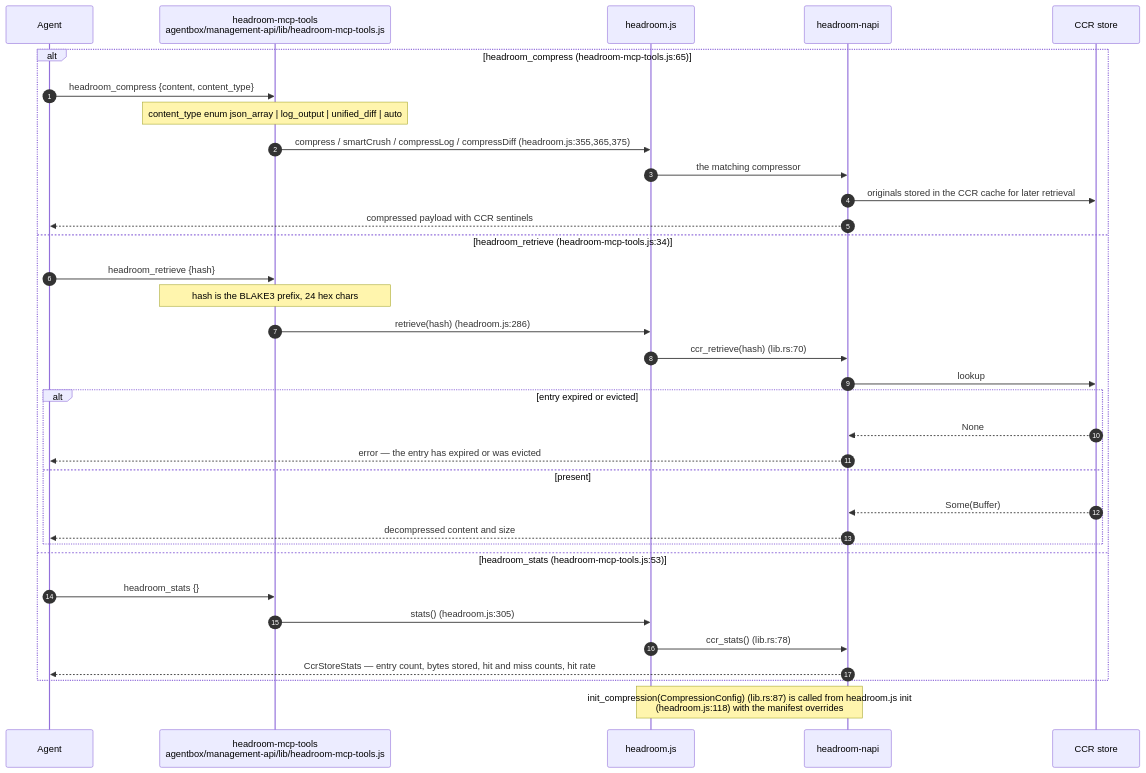
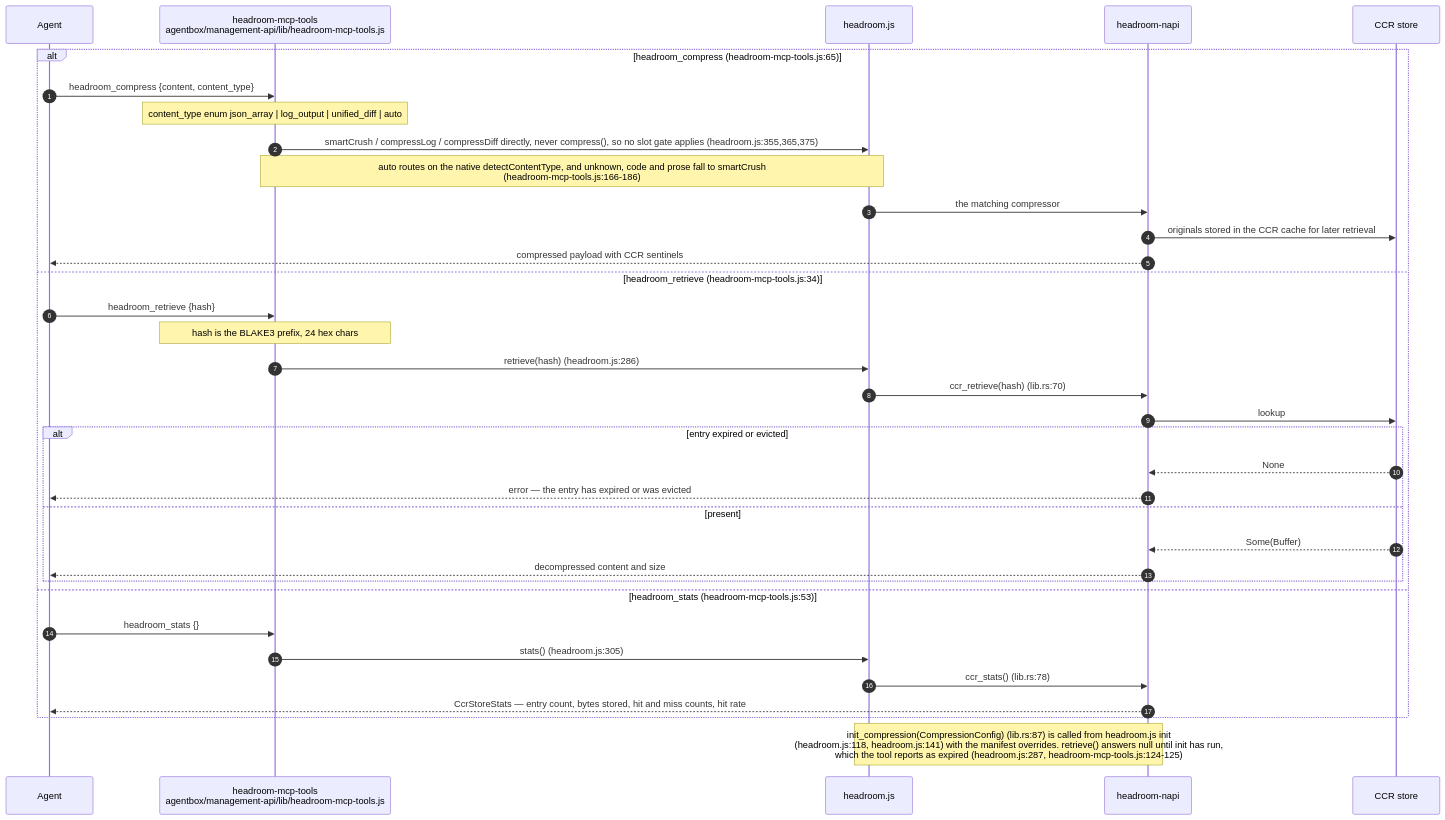
The third of 9 diagrams in docs/diagrams/agentbox/26-headroom-beads-spawn-brain.md (DreamLab-AI/VisionFlow), drawn with Mermaid before and after one commit. The commit also changed other lines of this file and 173 other files, not shown here.

````diff
--- a/docs/diagrams/agentbox/26-headroom-beads-spawn-brain.md
+++ b/docs/diagrams/agentbox/26-headroom-beads-spawn-brain.md
@@ -118,37 +125,38 @@
 ```mermaid
 sequenceDiagram
     autonumber
     participant AG as Agent
     participant T as headroom-mcp-tools<br/>agentbox/management-api/lib/headroom-mcp-tools.js
     participant H as headroom.js
     participant N as headroom-napi
     participant DB as CCR store
 
     alt headroom_compress (headroom-mcp-tools.js:65)
         AG->>T: headroom_compress {content, content_type}
         Note over T: content_type enum json_array | log_output | unified_diff | auto
-        T->>H: compress / smartCrush / compressLog / compressDiff (headroom.js:355,365,375)
+        T->>H: smartCrush / compressLog / compressDiff directly, never compress#40;#41;, so no slot gate applies (headroom.js:355,365,375)
+        Note over T,H: auto routes on the native detectContentType, and unknown, code and prose fall to smartCrush<br/>(headroom-mcp-tools.js:166-186)
         H->>N: the matching compressor
         N->>DB: originals stored in the CCR cache for later retrieval
         N-->>AG: compressed payload with CCR sentinels
     else headroom_retrieve (headroom-mcp-tools.js:34)
         AG->>T: headroom_retrieve {hash}
         Note over T: hash is the BLAKE3 prefix, 24 hex chars
         T->>H: retrieve(hash) (headroom.js:286)
         H->>N: ccr_retrieve(hash) (lib.rs:70)
         N->>DB: lookup
         alt entry expired or evicted
             DB-->>N: None
             N-->>AG: error — the entry has expired or was evicted
         else present
             DB-->>N: Some(Buffer)
             N-->>AG: decompressed content and size
         end
     else headroom_stats (headroom-mcp-tools.js:53)
         AG->>T: headroom_stats {}
         T->>H: stats() (headroom.js:305)
         H->>N: ccr_stats() (lib.rs:78)
         N-->>AG: CcrStoreStats — entry count, bytes stored, hit and miss counts, hit rate
     end
-    Note over H,N: init_compression(CompressionConfig) (lib.rs:87) is called from headroom.js init<br/>(headroom.js:118) with the manifest overrides
+    Note over H,N: init_compression(CompressionConfig) (lib.rs:87) is called from headroom.js init<br/>(headroom.js:118, headroom.js:141) with the manifest overrides. retrieve#40;#41; answers null until init has run,<br/>which the tool reports as expired (headroom.js:287, headroom-mcp-tools.js:124-125)
 ```
````
